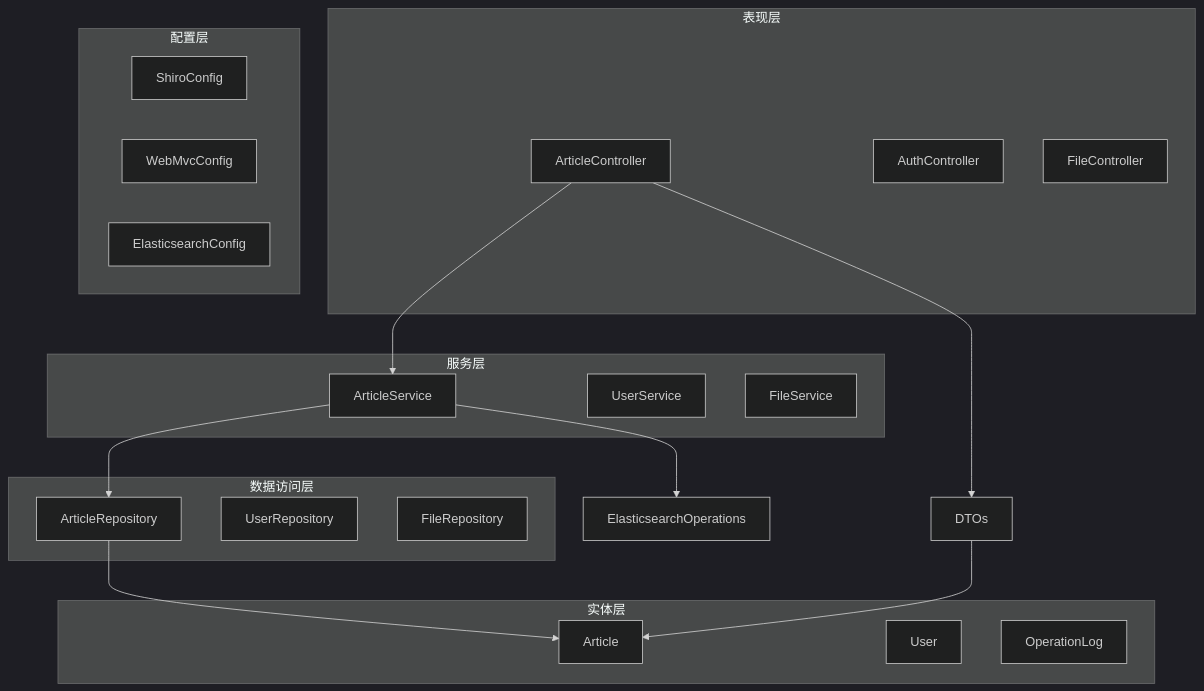
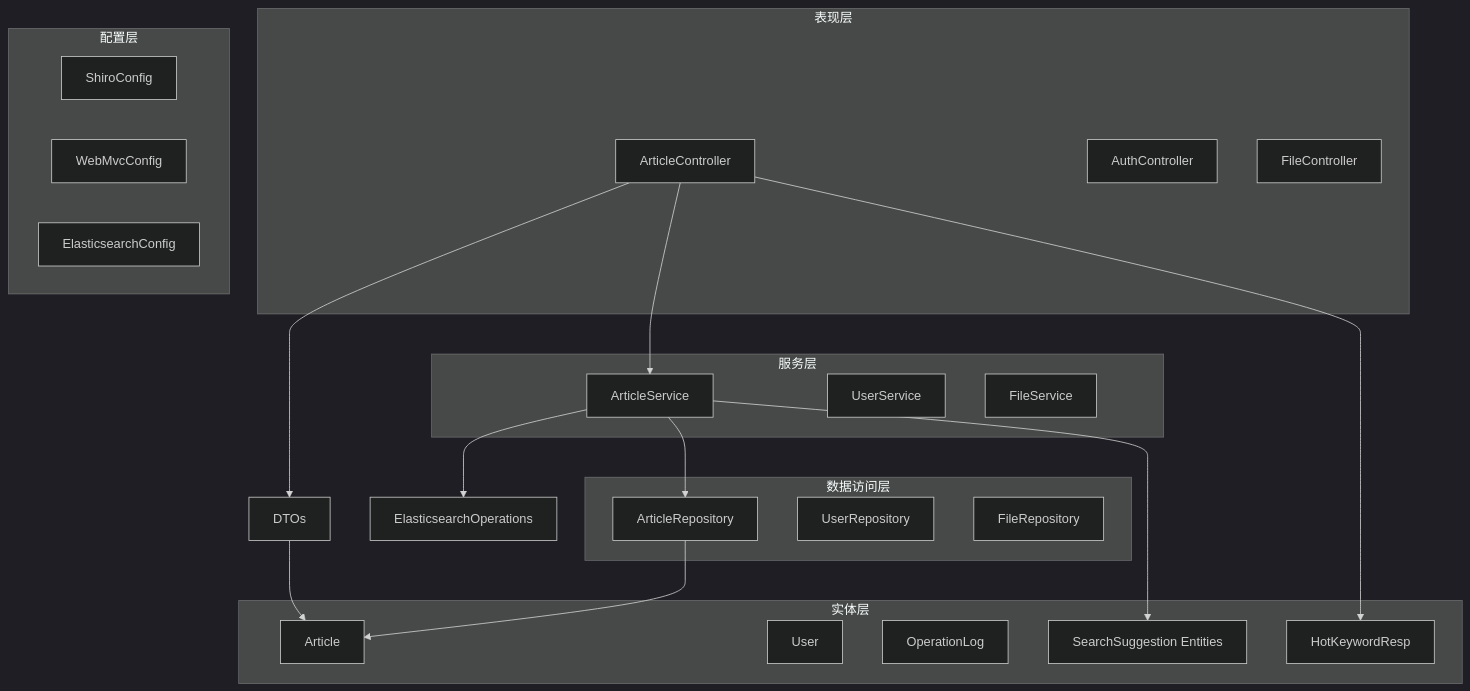
The first of 9 diagrams in .qoder/repowiki/zh/content/文章内容管理/文章API接口/文章API接口.md (20164206160/zhishilu), drawn with Mermaid (dark theme) before and after one commit. The commit also changed other lines of this file and 28 other files, not shown here.

````diff
--- a/.qoder/repowiki/zh/content/文章内容管理/文章API接口/文章API接口.md
+++ b/.qoder/repowiki/zh/content/文章内容管理/文章API接口/文章API接口.md
@@ -40,34 +55,38 @@
 ```mermaid
 graph TB
 subgraph "表现层"
 AC[ArticleController]
 BC[AuthController]
 FC[FileController]
 end
 subgraph "服务层"
 AS[ArticleService]
 US[UserService]
 FS[FileService]
 end
 subgraph "数据访问层"
 AR[ArticleRepository]
 UR[UserRepository]
 FR[FileRepository]
 end
 subgraph "实体层"
 AE[Article]
 UE[User]
 OE[OperationLog]
+SE[SearchSuggestion Entities]
+HE[HotKeywordResp]
 end
 subgraph "配置层"
 SC[ShiroConfig]
 WC[WebMvcConfig]
 EC[ElasticsearchConfig]
 end
 AC --> AS
 AS --> AR
 AR --> AE
 AS --> EO[ElasticsearchOperations]
+AS --> SE
 AC --> DTO[DTOs]
 DTO --> AE
+AC --> HE
 ```
````
